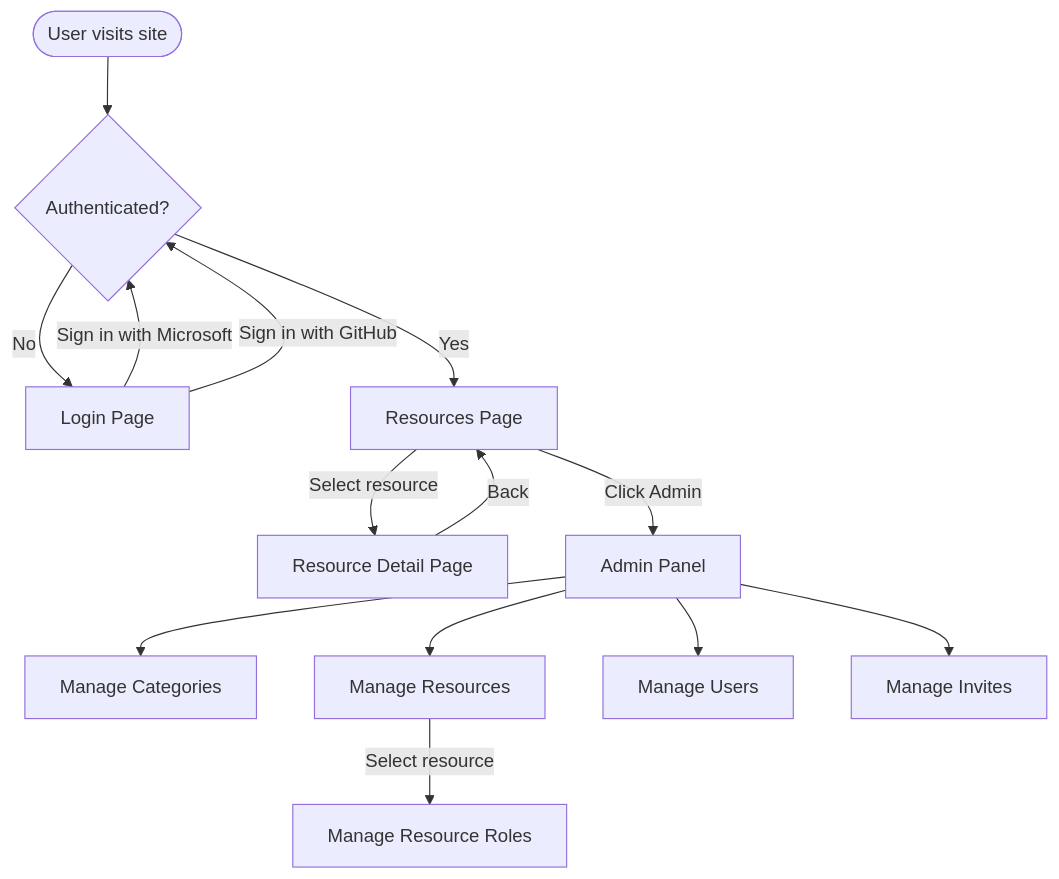
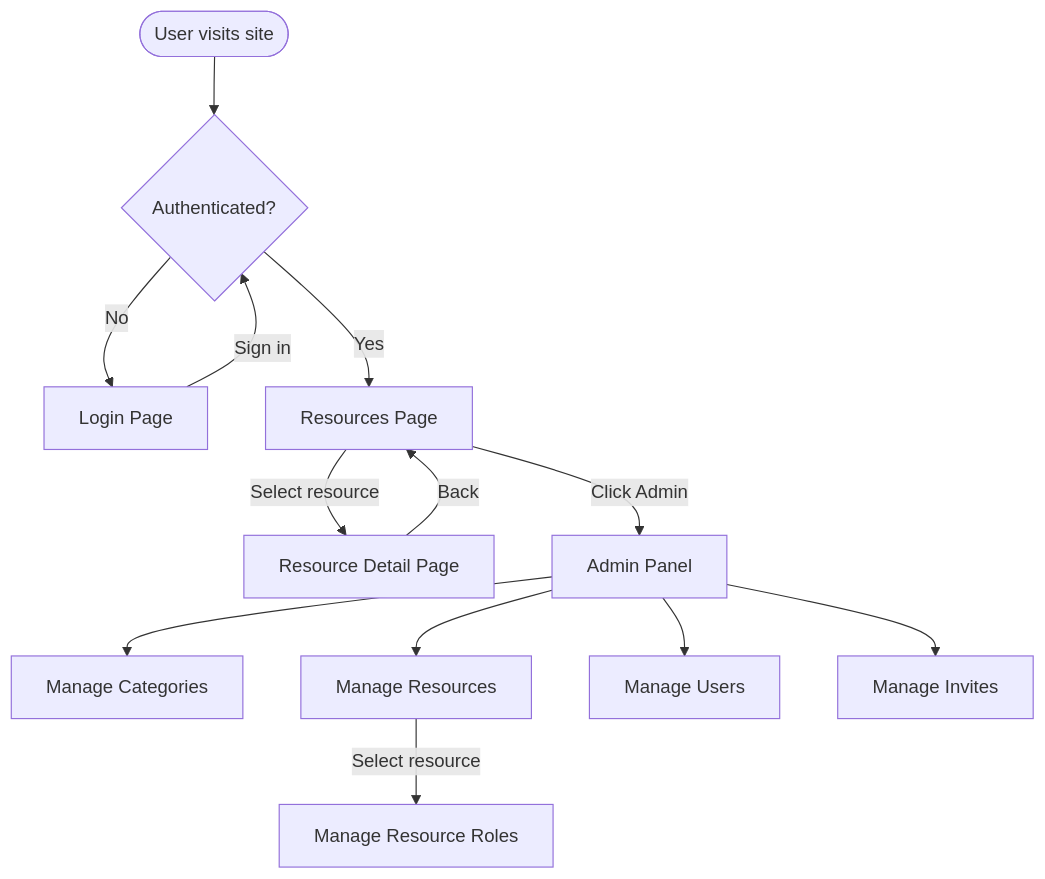
The diagram in UI.md (paulmey/sic), drawn with Mermaid before and after one commit. The commit also changed 17 other files, not shown here.

````diff
--- a/UI.md
+++ b/UI.md
@@ -5,20 +5,19 @@
 ```mermaid
 flowchart TD
     Start([User visits site]) --> AuthCheck{Authenticated?}
     AuthCheck -->|No| Login[Login Page]
     AuthCheck -->|Yes| Resources[Resources Page]
 
-    Login -->|Sign in with Microsoft| AuthCheck
-    Login -->|Sign in with GitHub| AuthCheck
+    Login -->|Sign in| AuthCheck
 
     Resources -->|Select resource| Detail[Resource Detail Page]
     Resources -->|Click Admin| Admin[Admin Panel]
     Detail -->|Back| Resources
 
     Admin --> ManageCategories[Manage Categories]
     Admin --> ManageResources[Manage Resources]
     Admin --> ManageUsers[Manage Users]
     Admin --> ManageInvites[Manage Invites]
 
     ManageResources -->|Select resource| ResourceRoles[Manage Resource Roles]
 ```
````
